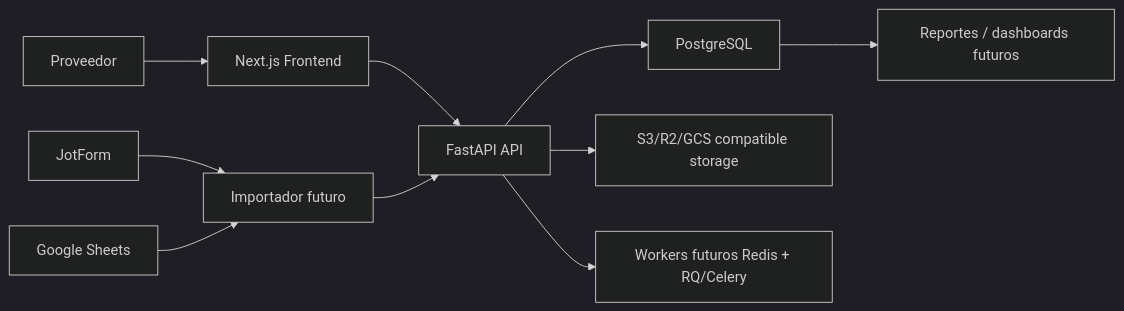
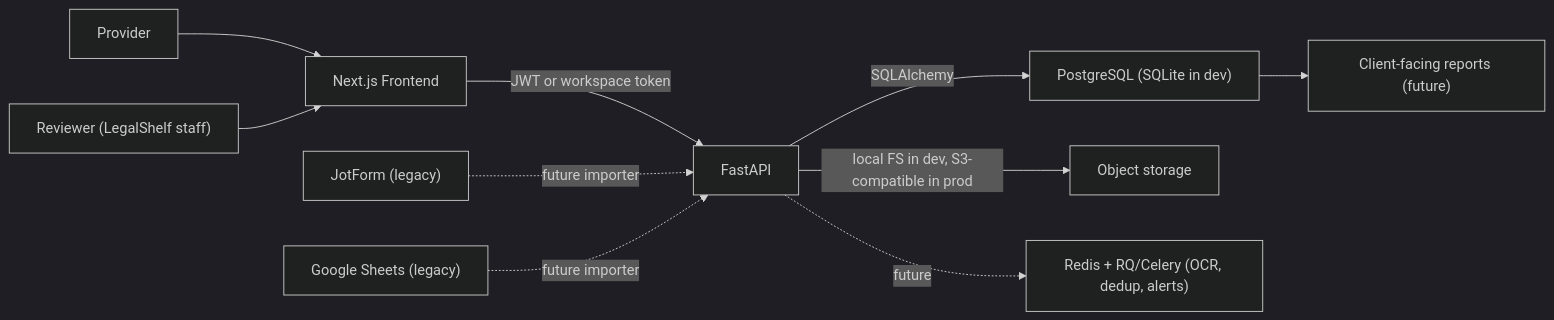
One commit to jpss2004-bot/checkwise changed the diagram in docs/ARCHITECTURE.md. Above: the diagram before and after it, drawn with Mermaid (dark theme). The commit also changed other lines of this file and 4 other files, not shown here.

````diff
--- a/docs/ARCHITECTURE.md
+++ b/docs/ARCHITECTURE.md
@@ -9,12 +9,12 @@
 ```mermaid
 flowchart LR
-  Provider["Proveedor"] --> Frontend["Next.js Frontend"]
-  Frontend --> API["FastAPI API"]
-  API --> Postgres["PostgreSQL"]
-  API --> Storage["S3/R2/GCS compatible storage"]
-  API --> Workers["Workers futuros Redis + RQ/Celery"]
-  JotForm["JotForm"] --> Importer["Importador futuro"]
-  Sheets["Google Sheets"] --> Importer
-  Importer --> API
-  Postgres --> Reports["Reportes / dashboards futuros"]
+  Provider["Provider"] --> Frontend["Next.js Frontend"]
+  Reviewer["Reviewer (LegalShelf staff)"] --> Frontend
+  Frontend -->|JWT or workspace token| API["FastAPI"]
+  API -->|SQLAlchemy| Postgres["PostgreSQL (SQLite in dev)"]
+  API -->|local FS in dev, S3-compatible in prod| Storage["Object storage"]
+  API -.->|future| Workers["Redis + RQ/Celery (OCR, dedup, alerts)"]
+  JotForm["JotForm (legacy)"] -.->|future importer| API
+  Sheets["Google Sheets (legacy)"] -.->|future importer| API
+  Postgres --> Reports["Client-facing reports (future)"]
 ```
````
